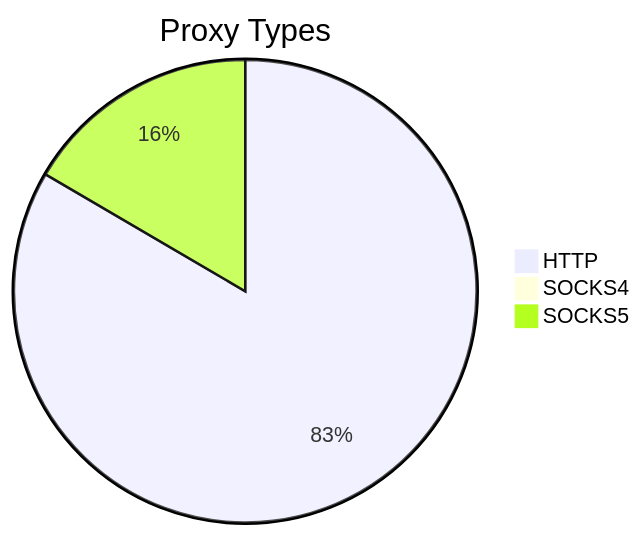
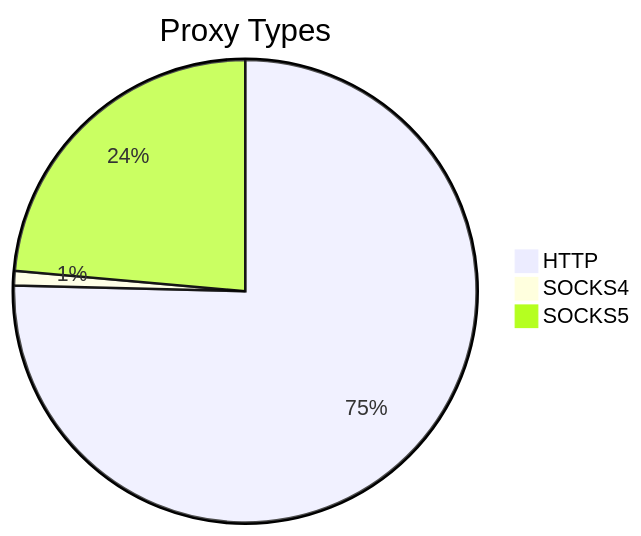
The first of 2 diagrams in README.md (stormsia/proxy-list), drawn with Mermaid before and after one commit. The commit also changed other lines of this file, not shown here.

````diff
--- a/README.md
+++ b/README.md
@@ -21,6 +21,6 @@
 ```mermaid
 pie title Proxy Types
-    "HTTP" : 1042
-    "SOCKS4" : 10
-    "SOCKS5" : 207
+    "HTTP" : 965
+    "SOCKS4" : 13
+    "SOCKS5" : 302
 ```
````
